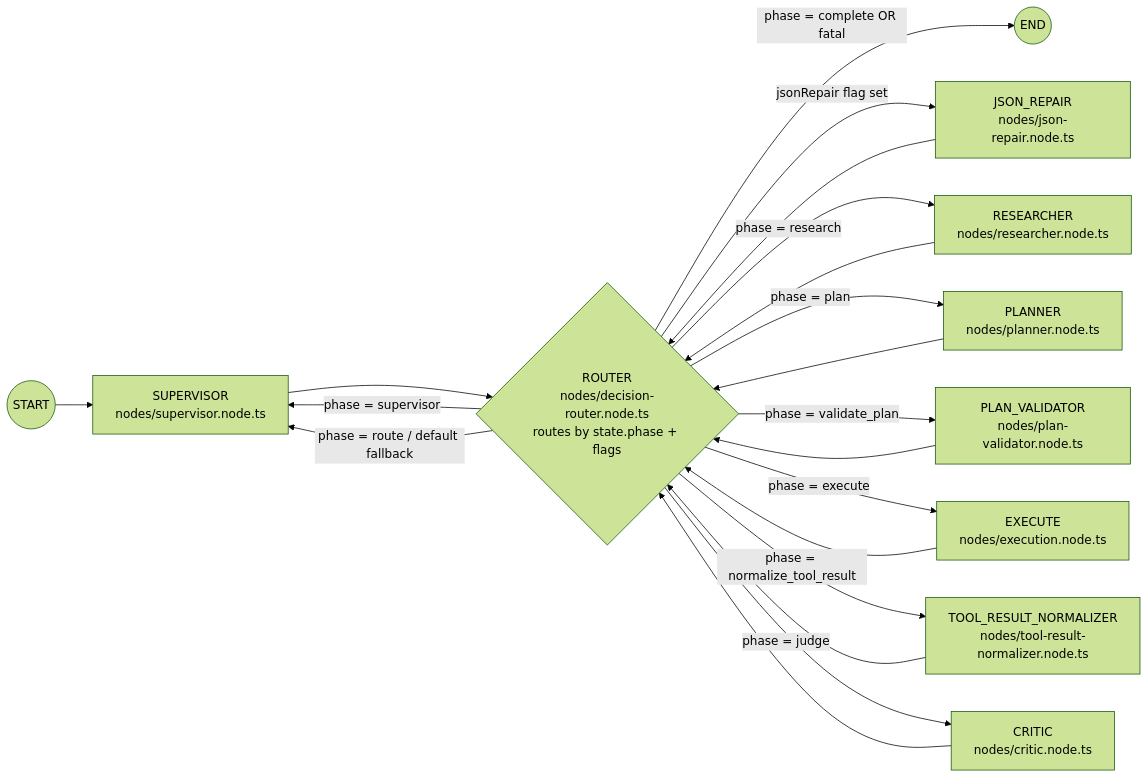
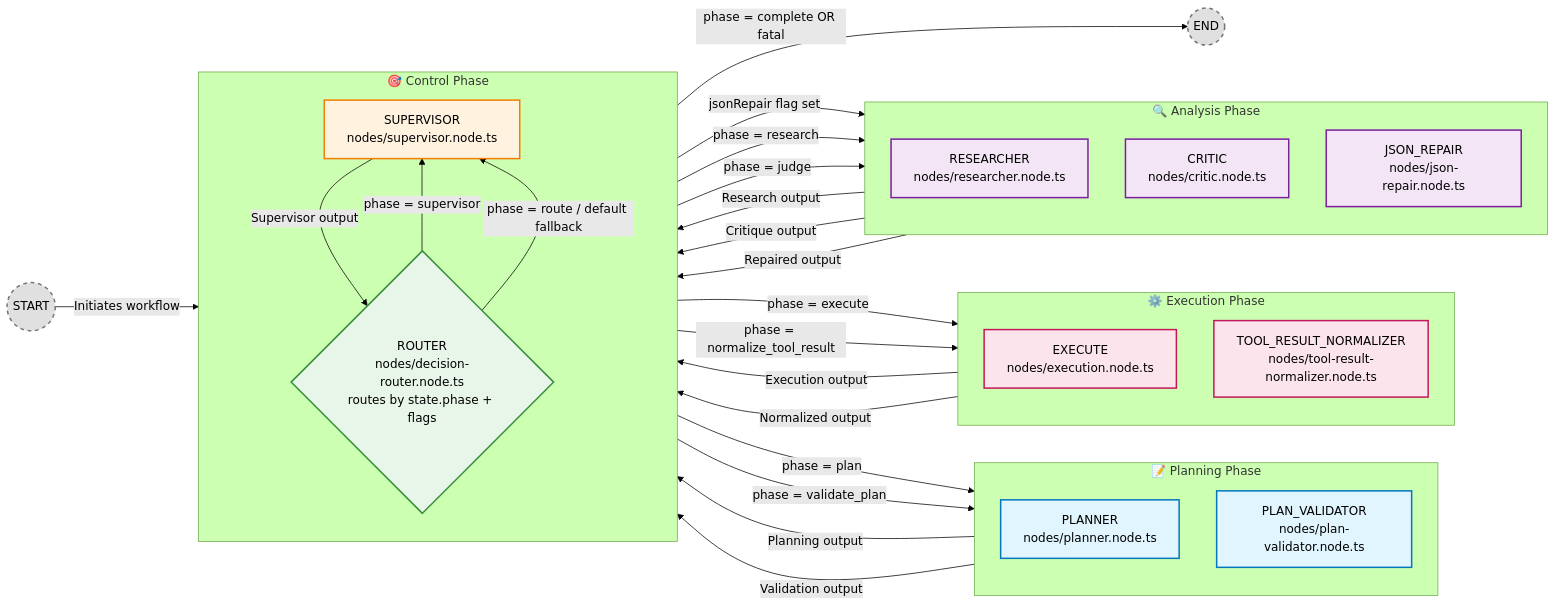
One commit to matanew1/nest-langgraph-ai changed the diagram in README.md. Above: the diagram before and after it, drawn with Mermaid (forest theme). The commit also changed 35 other files, not shown here.

````diff
--- a/README.md
+++ b/README.md
@@ -46,44 +46,71 @@
 ```mermaid
 flowchart LR
-  %% This diagram mirrors src/modules/agents/graph/agent.graph.ts
+  %% Mirrors src/modules/agents/graph/agent.graph.ts (router-centric, phase-driven)
 
   START((START))
   END((END))
 
-  SUPERVISOR[SUPERVISOR\nnodes/supervisor.node.ts]
-  RESEARCHER[RESEARCHER\nnodes/researcher.node.ts]
-  PLANNER[PLANNER\nnodes/planner.node.ts]
-  PLAN_VALIDATOR[PLAN_VALIDATOR\nnodes/plan-validator.node.ts]
-  EXECUTE[EXECUTE\nnodes/execution.node.ts]
-  TOOL_RESULT_NORMALIZER[TOOL_RESULT_NORMALIZER\nnodes/tool-result-normalizer.node.ts]
-  CRITIC[CRITIC\nnodes/critic.node.ts]
-  JSON_REPAIR[JSON_REPAIR\nnodes/json-repair.node.ts]
+  subgraph Planning["📝 Planning Phase"]
+    direction TB
+    PLANNER[PLANNER\nnodes/planner.node.ts]
+    PLAN_VALIDATOR[PLAN_VALIDATOR\nnodes/plan-validator.node.ts]
+  end
 
-  ROUTER{ROUTER\nnodes/decision-router.node.ts\nroutes by state.phase + flags}
+  subgraph Execution["⚙️ Execution Phase"]
+    direction TB
+    EXECUTE[EXECUTE\nnodes/execution.node.ts]
+    TOOL_RESULT_NORMALIZER[TOOL_RESULT_NORMALIZER\nnodes/tool-result-normalizer.node.ts]
+  end
+
+  subgraph Analysis["🔍 Analysis Phase"]
+    direction TB
+    RESEARCHER[RESEARCHER\nnodes/researcher.node.ts]
+    CRITIC[CRITIC\nnodes/critic.node.ts]
+    JSON_REPAIR[JSON_REPAIR\nnodes/json-repair.node.ts]
+  end
+
+  subgraph Control["🎯 Control Phase"]
+    direction TB
+    SUPERVISOR[SUPERVISOR\nnodes/supervisor.node.ts]
+    ROUTER{ROUTER\nnodes/decision-router.node.ts\nroutes by state.phase + flags}
+  end
+
+  %% Node styling
+  classDef planner fill:#e1f5fe,stroke:#0277bd,stroke-width:2px,color:#000
+  classDef supervisor fill:#fff3e0,stroke:#f57c00,stroke-width:2px,color:#000
+  classDef router fill:#e8f5e9,stroke:#388e3c,stroke-width:2px,color:#000
+  classDef execution fill:#fce4ec,stroke:#c2185b,stroke-width:2px,color:#000
+  classDef analysis fill:#f3e5f5,stroke:#7b1fa2,stroke-width:2px,color:#000
+  classDef startEnd fill:#e0e0e0,stroke:#757575,stroke-width:2px,color:#000,stroke-dasharray: 5 5
+  classDef conditionalEdge stroke:#ff9800,stroke-width:2px,stroke-dasharray: 5 5
+
+  class PLANNER,PLAN_VALIDATOR planner
+  class SUPERVISOR supervisor
+  class ROUTER router
+  class EXECUTE,TOOL_RESULT_NORMALIZER execution
+  class RESEARCHER,CRITIC,JSON_REPAIR analysis
+  class START,END startEnd
 
   %% Fixed edges (every node returns to ROUTER)
-  START --> SUPERVISOR
-  SUPERVISOR --> ROUTER
-  RESEARCHER --> ROUTER
-  PLANNER --> ROUTER
-  PLAN_VALIDATOR --> ROUTER
-  EXECUTE --> ROUTER
-  TOOL_RESULT_NORMALIZER --> ROUTER
-  CRITIC --> ROUTER
-  JSON_REPAIR --> ROUTER
+  START -->|Initiates workflow| SUPERVISOR
+  SUPERVISOR -->|Supervisor output| ROUTER
+  PLANNER -->|Planning output| ROUTER
+  PLAN_VALIDATOR -->|Validation output| ROUTER
+  EXECUTE -->|Execution output| ROUTER
+  TOOL_RESULT_NORMALIZER -->|Normalized output| ROUTER
+  RESEARCHER -->|Research output| ROUTER
+  CRITIC -->|Critique output| ROUTER
+  JSON_REPAIR -->|Repaired output| ROUTER
 
   %% Conditional edges from ROUTER
   ROUTER -->|phase = complete OR fatal| END
   ROUTER -->|jsonRepair flag set| JSON_REPAIR
-
   ROUTER -->|phase = supervisor| SUPERVISOR
   ROUTER -->|phase = research| RESEARCHER
   ROUTER -->|phase = plan| PLANNER
   ROUTER -->|phase = validate_plan| PLAN_VALIDATOR
   ROUTER -->|phase = execute| EXECUTE
   ROUTER -->|phase = normalize_tool_result| TOOL_RESULT_NORMALIZER
   ROUTER -->|phase = judge| CRITIC
-
-  %% Fallback (when phase is route/unknown and no other condition matched)
   ROUTER -->|phase = route / default fallback| SUPERVISOR
 ```
````
